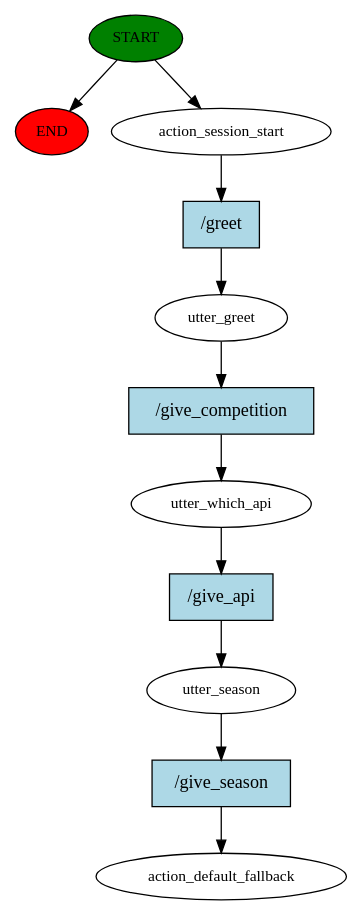
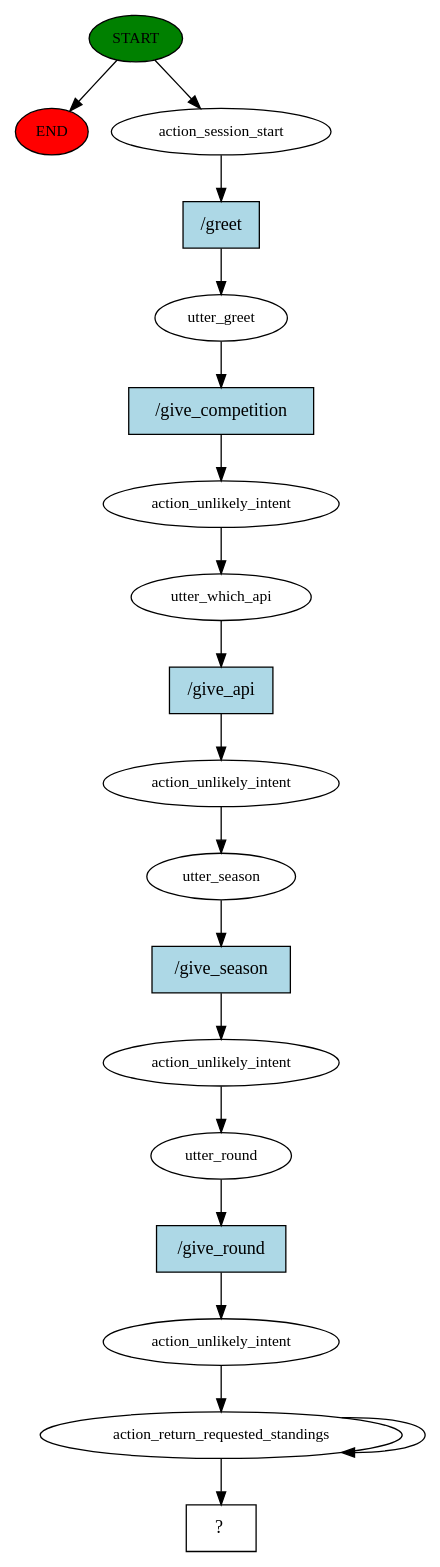
One commit to julenfu21/EurolIAgueAssistant changed the diagram in story_graph.dot. Above: the diagram before and after it, drawn with Graphviz. The commit also changed 5 other files, not shown here.

```diff
--- a/story_graph.dot
+++ b/story_graph.dot
@@ -1,23 +1,38 @@
 digraph  {
 0 [class="start active", fillcolor=green, fontsize=12, label=START, style=filled];
 "-1" [class=end, fillcolor=red, fontsize=12, label=END, style=filled];
 1 [class=active, fontsize=12, label=action_session_start];
 2 [class=active, fontsize=12, label=utter_greet];
-3 [class=active, fontsize=12, label=utter_which_api];
-4 [class=active, fontsize=12, label=utter_season];
-5 [class="dashed active", fontsize=12, label=action_default_fallback];
-6 [class="intent active", fillcolor=lightblue, label="/greet", shape=rect, style=filled];
-7 [class="intent active", fillcolor=lightblue, label="/give_competition", shape=rect, style=filled];
-8 [class="intent active", fillcolor=lightblue, label="/give_api", shape=rect, style=filled];
-9 [class="intent active", fillcolor=lightblue, label="/give_season", shape=rect, style=filled];
+3 [class=active, fontsize=12, label=action_unlikely_intent];
+4 [class=active, fontsize=12, label=utter_which_api];
+5 [class=active, fontsize=12, label=action_unlikely_intent];
+6 [class=active, fontsize=12, label=utter_season];
+7 [class=active, fontsize=12, label=action_unlikely_intent];
+8 [class=active, fontsize=12, label=utter_round];
+9 [class=active, fontsize=12, label=action_unlikely_intent];
+10 [class=active, fontsize=12, label=action_return_requested_standings];
+12 [class="intent dashed active", label="  ?  ", shape=rect];
+13 [class="intent active", fillcolor=lightblue, label="/greet", shape=rect, style=filled];
+14 [class="intent active", fillcolor=lightblue, label="/give_competition", shape=rect, style=filled];
+15 [class="intent active", fillcolor=lightblue, label="/give_api", shape=rect, style=filled];
+16 [class="intent active", fillcolor=lightblue, label="/give_season", shape=rect, style=filled];
+17 [class="intent active", fillcolor=lightblue, label="/give_round", shape=rect, style=filled];
 0 -> "-1"  [class="", key=NONE, label=""];
 0 -> 1  [class=active, key=NONE, label=""];
-1 -> 6  [class=active, key=0];
-2 -> 7  [class=active, key=0];
-3 -> 8  [class=active, key=0];
-4 -> 9  [class=active, key=0];
-6 -> 2  [class=active, key=0];
-7 -> 3  [class=active, key=0];
-8 -> 4  [class=active, key=0];
-9 -> 5  [class=active, key=0];
+1 -> 13  [class=active, key=0];
+2 -> 14  [class=active, key=0];
+3 -> 4  [class=active, key=NONE, label=""];
+4 -> 15  [class=active, key=0];
+5 -> 6  [class=active, key=NONE, label=""];
+6 -> 16  [class=active, key=0];
+7 -> 8  [class=active, key=NONE, label=""];
+8 -> 17  [class=active, key=0];
+9 -> 10  [class=active, key=NONE, label=""];
+10 -> 12  [class=active, key=NONE, label=""];
+10 -> 10  [class=active, key=NONE, label=""];
+13 -> 2  [class=active, key=0];
+14 -> 3  [class=active, key=0];
+15 -> 5  [class=active, key=0];
+16 -> 7  [class=active, key=0];
+17 -> 9  [class=active, key=0];
 }
```
